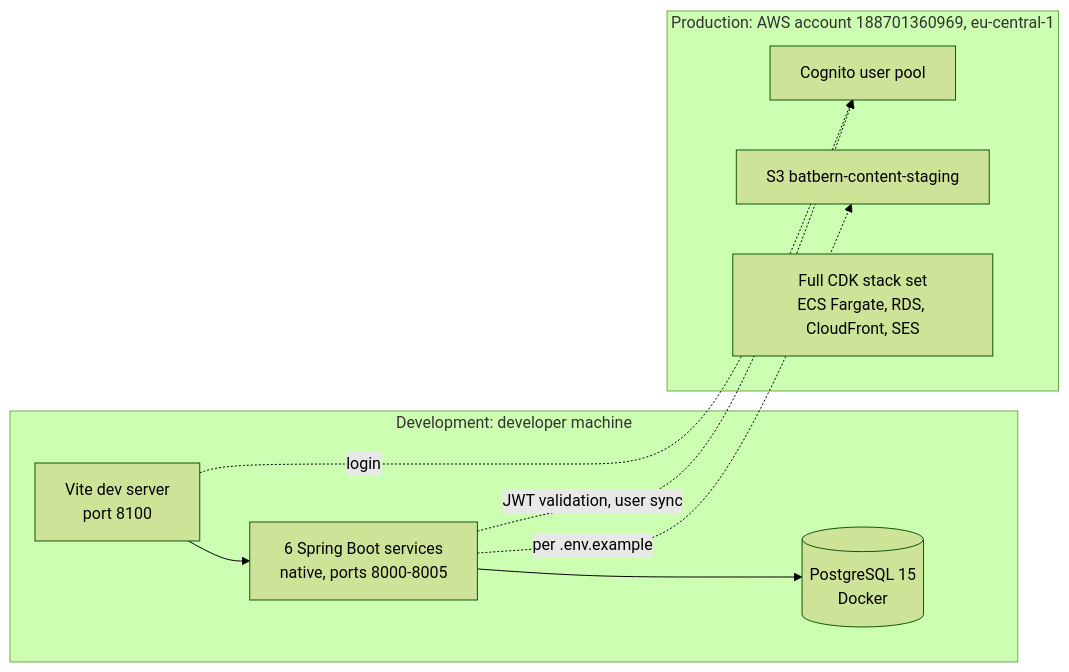
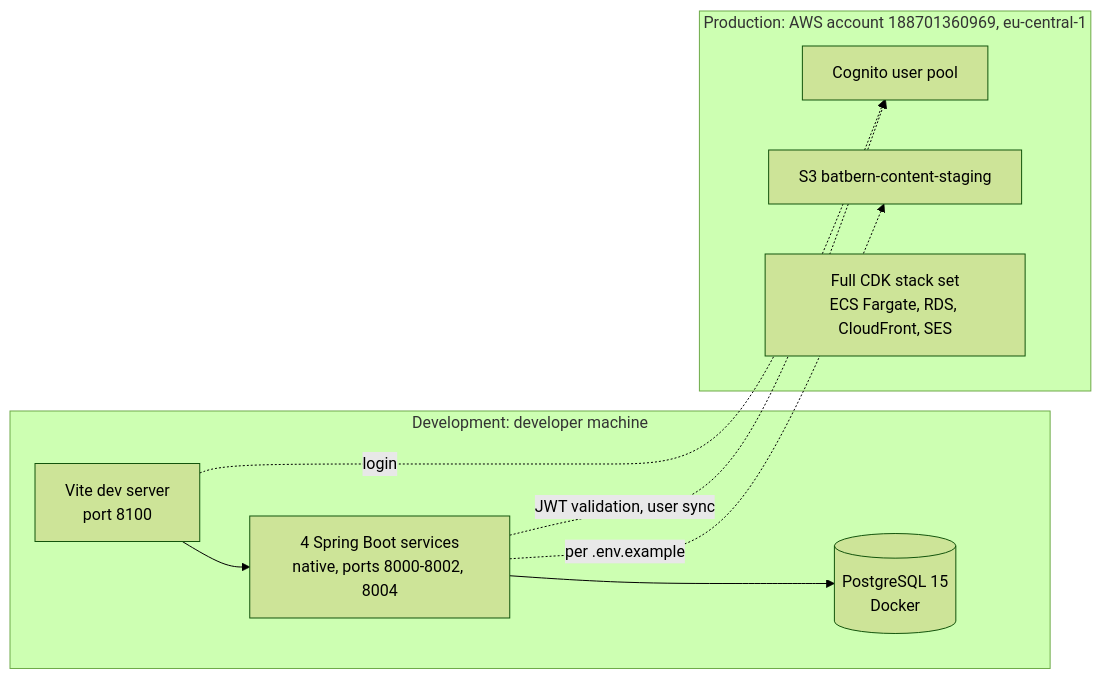
Before and after one commit to nissimbuchs/BATbern2: the first of 26 diagrams in docs/architecture/02-infrastructure-deployment.md, drawn with Mermaid (forest theme). The commit also changed other lines of this file and 392 other files, not shown here.

First line of the commit message:
feat(architecture): Epic 17 first batch: test fidelity, dead surface removed, API and module gates (17.0a-17.5, 17.3b) (#1258)

````diff
--- a/docs/architecture/02-infrastructure-deployment.md
+++ b/docs/architecture/02-infrastructure-deployment.md
@@ -21,19 +23,19 @@
 ```mermaid
 graph LR
     subgraph DEV["Development: developer machine"]
         PG[("PostgreSQL 15<br/>Docker")]
-        SVC["6 Spring Boot services<br/>native, ports 8000-8005"]
+        SVC["4 Spring Boot services<br/>native, ports 8000-8002, 8004"]
         VITE["Vite dev server<br/>port 8100"]
         VITE --> SVC --> PG
     end
 
     subgraph PROD["Production: AWS account 188701360969, eu-central-1"]
         COG["Cognito user pool"]
         S3C["S3 batbern-content-staging"]
         STACK["Full CDK stack set<br/>ECS Fargate, RDS, CloudFront, SES"]
     end
 
     SVC -.->|"JWT validation, user sync"| COG
     VITE -.->|"login"| COG
     SVC -.->|"per .env.example"| S3C
 ```
````
